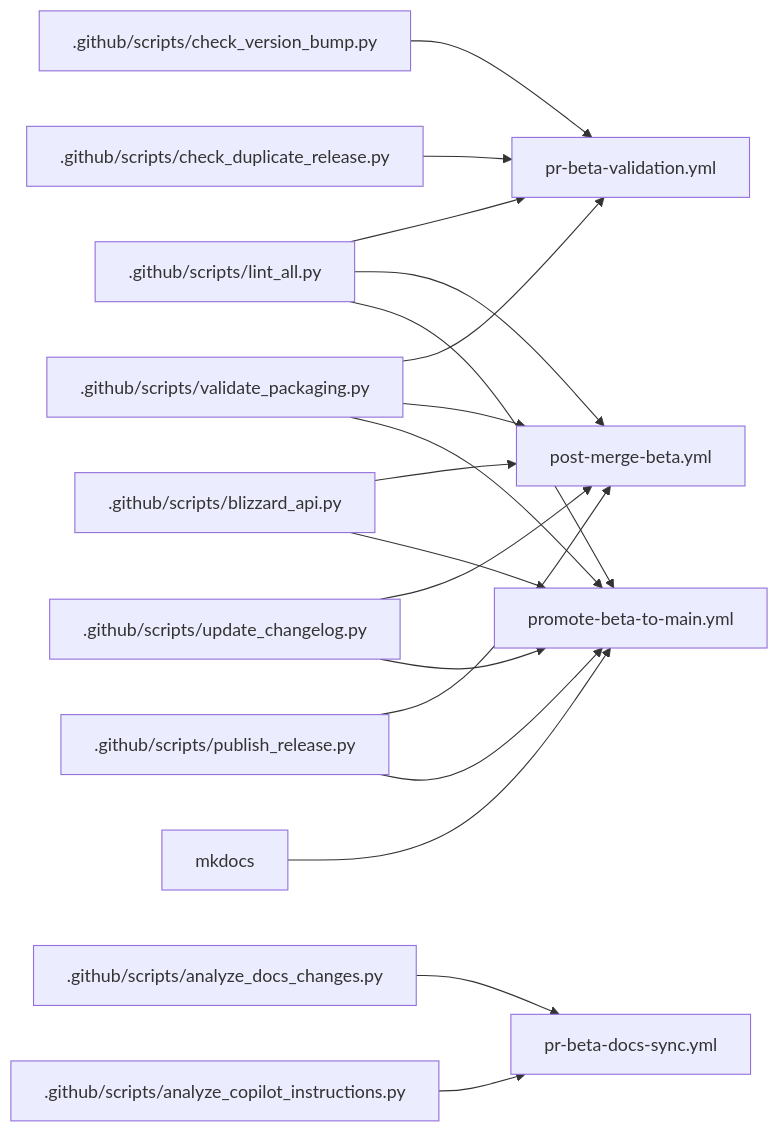
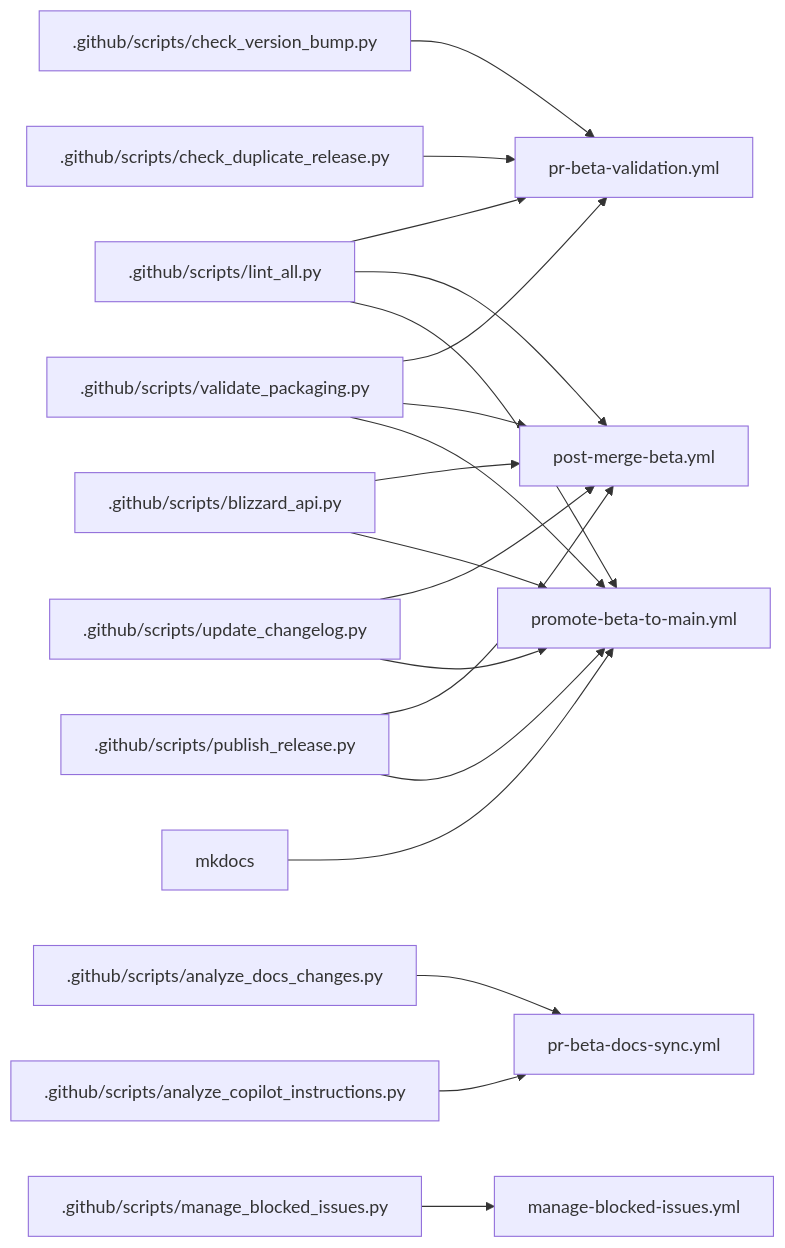
Before and after one commit to OsulivanAB/SpectrumFederation: the second of 2 diagrams in docs/development/workflows.md, drawn with Mermaid. The commit also changed other lines of this file and 1 other file, not shown here.

Commit message:
Add documentation for manage-blocked-issues workflow

````diff
--- a/docs/development/workflows.md
+++ b/docs/development/workflows.md
@@ -421,24 +482,26 @@
 ```mermaid
 graph LR
     A[.github/scripts/lint_all.py] --> B[pr-beta-validation.yml]
     C[.github/scripts/validate_packaging.py] --> B
     D[.github/scripts/check_version_bump.py] --> B
     E[.github/scripts/check_duplicate_release.py] --> B
     
     L[.github/scripts/analyze_docs_changes.py] --> M[pr-beta-docs-sync.yml]
     N[.github/scripts/analyze_copilot_instructions.py] --> M
+    
+    O[.github/scripts/manage_blocked_issues.py] --> P[manage-blocked-issues.yml]
     
     A --> F[post-merge-beta.yml]
     C --> F
     G[.github/scripts/blizzard_api.py] --> F
     H[.github/scripts/update_changelog.py] --> F
     I[.github/scripts/publish_release.py] --> F
     
     A --> J[promote-beta-to-main.yml]
     C --> J
     G --> J
     H --> J
     I --> J
     
     K[mkdocs] --> J
 ```
````
